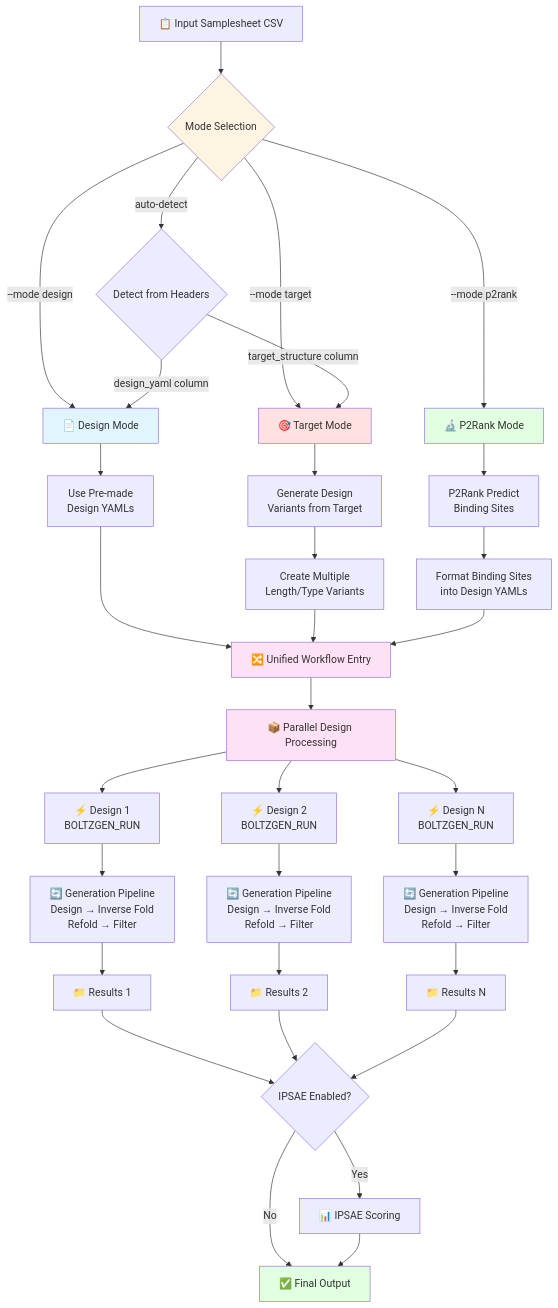
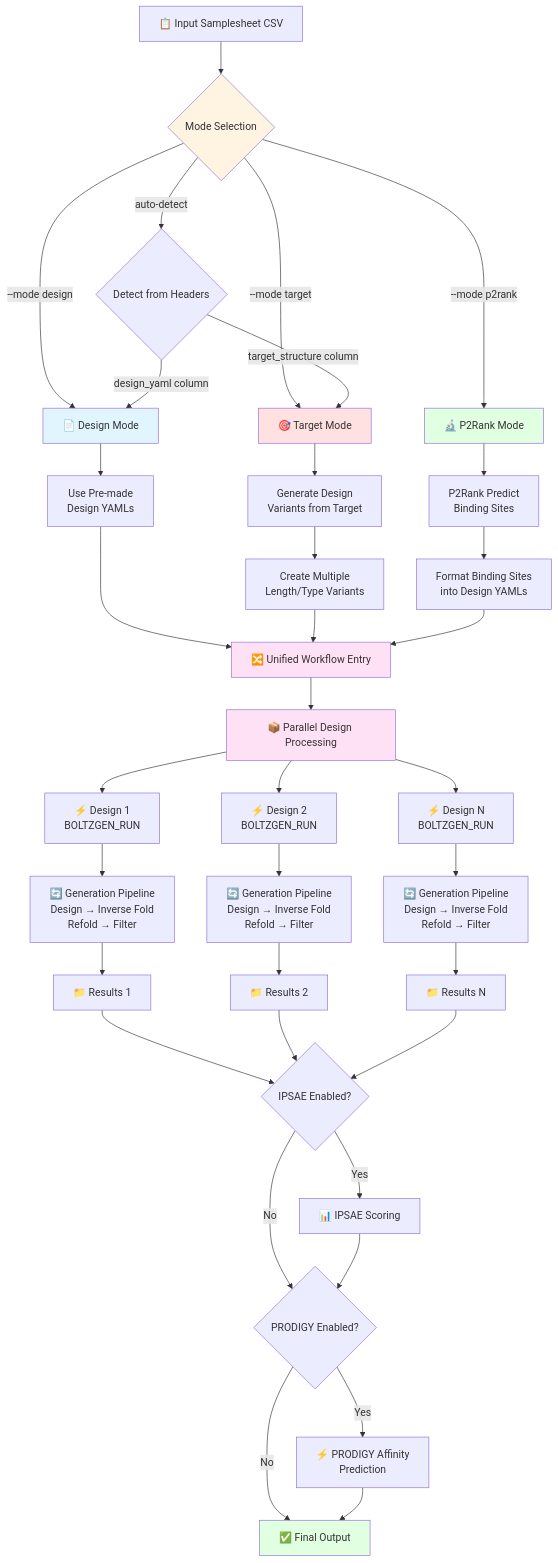
The diagram in README.md (seqeralabs/nf-proteindesign), drawn with Mermaid before and after one commit. The commit also changed other lines of this file and 7 other files, not shown here.

````diff
--- a/README.md
+++ b/README.md
@@ -27,52 +28,56 @@
 ```mermaid
 flowchart TD
     A[📋 Input Samplesheet CSV] --> B{Mode Selection}
     B -->|--mode design| C1[📄 Design Mode]
     B -->|--mode target| C2[🎯 Target Mode]
     B -->|--mode p2rank| C3[🔬 P2Rank Mode]
     B -->|auto-detect| C4{Detect from Headers}
     
     C4 -->|design_yaml column| C1
     C4 -->|target_structure column| C2
     
     C1 --> D1[Use Pre-made<br/>Design YAMLs]
     C2 --> D2[Generate Design<br/>Variants from Target]
     C3 --> D3[P2Rank Predict<br/>Binding Sites]
     
     D2 --> D2a[Create Multiple<br/>Length/Type Variants]
     D3 --> D3a[Format Binding Sites<br/>into Design YAMLs]
     
     D1 --> E[🔀 Unified Workflow Entry]
     D2a --> E
     D3a --> E
     
     E --> F[📦 Parallel Design Processing]
     
     F --> G1[⚡ Design 1<br/>BOLTZGEN_RUN]
     F --> G2[⚡ Design 2<br/>BOLTZGEN_RUN]
     F --> G3[⚡ Design N<br/>BOLTZGEN_RUN]
     
     G1 --> H1[🔄 Generation Pipeline<br/>Design → Inverse Fold<br/>Refold → Filter]
     G2 --> H2[🔄 Generation Pipeline<br/>Design → Inverse Fold<br/>Refold → Filter]
     G3 --> H3[🔄 Generation Pipeline<br/>Design → Inverse Fold<br/>Refold → Filter]
     
     H1 --> I1[📁 Results 1]
     H2 --> I2[📁 Results 2]
     H3 --> I3[📁 Results N]
     
     I1 --> J{IPSAE Enabled?}
     I2 --> J
     I3 --> J
     
     J -->|Yes| K[📊 IPSAE Scoring]
-    J -->|No| L
-    K --> L[✅ Final Output]
+    J -->|No| M{PRODIGY Enabled?}
+    K --> M
+    
+    M -->|Yes| N[⚡ PRODIGY Affinity<br/>Prediction]
+    M -->|No| L[✅ Final Output]
+    N --> L
     
     style B fill:#fff4e1
     style C1 fill:#e1f5ff
     style C2 fill:#ffe1e1
     style C3 fill:#e1ffe1
     style E fill:#ffe1f5
     style F fill:#ffe1f5
     style L fill:#e1ffe1
 ```
````
